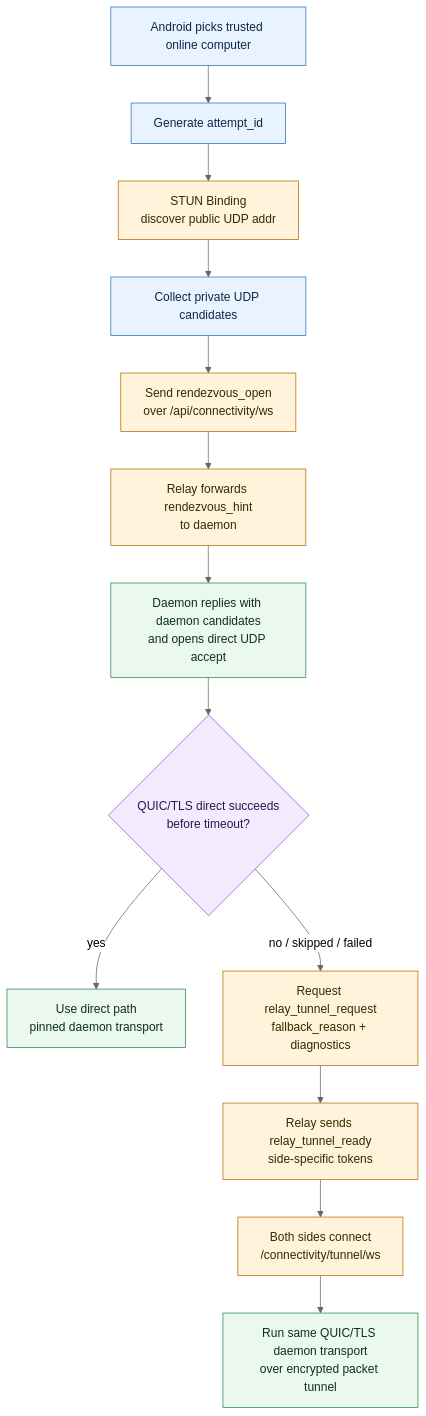
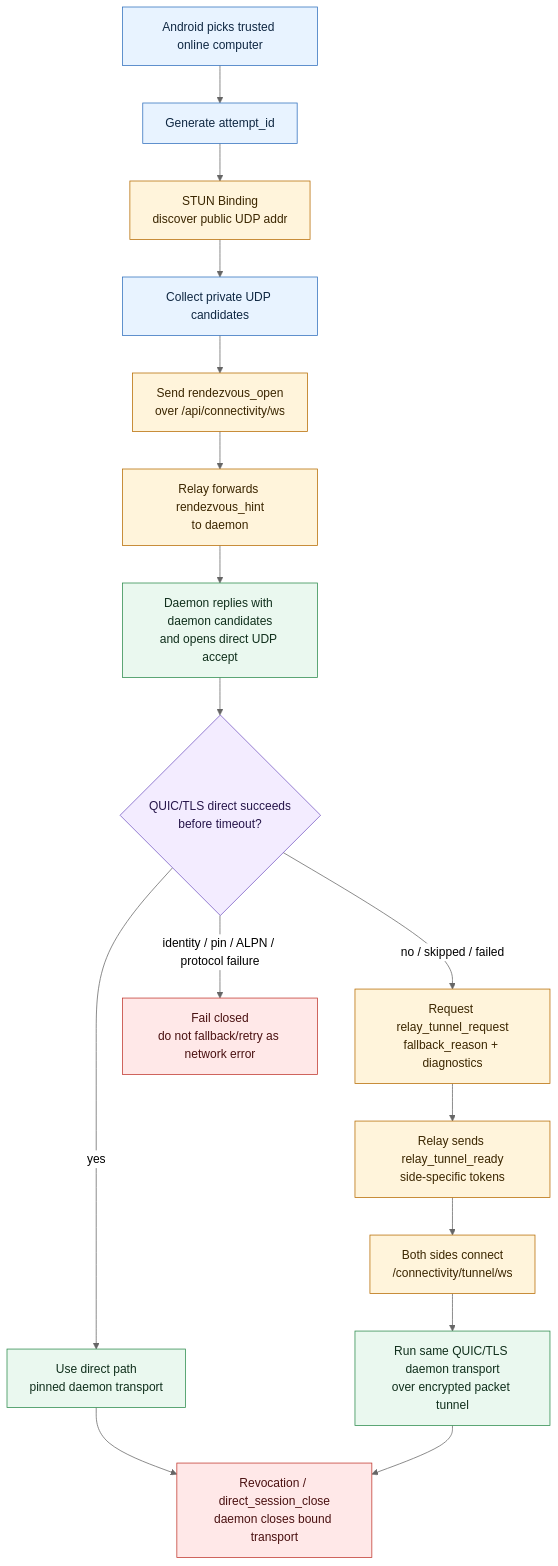
The first of 3 diagrams in docs/draws/03-direct-relay-data-flow.md (yuanbohan/agent-tunnel-protocols), drawn with Mermaid (neutral theme) before and after one commit. The commit also changed other lines of this file and 21 other files, not shown here.

````diff
--- a/docs/draws/03-direct-relay-data-flow.md
+++ b/docs/draws/03-direct-relay-data-flow.md
@@ -7,26 +7,32 @@
 ```mermaid
 flowchart TD
   classDef mobile fill:#e8f3ff,stroke:#2f6fbd,color:#0f2742
   classDef relay fill:#fff4db,stroke:#b66b00,color:#3b2600
   classDef daemon fill:#eaf8ef,stroke:#2b8a4b,color:#102f1c
   classDef decision fill:#f3ecff,stroke:#7557c2,color:#26164a
   classDef success fill:#eaf8ef,stroke:#2b8a4b,color:#102f1c
+  classDef danger fill:#ffe8e8,stroke:#c0362c,color:#4a1111
 
   A[Android picks trusted online computer]:::mobile
   B[Generate attempt_id]:::mobile
   C[STUN Binding<br/>discover public UDP addr]:::relay
   D[Collect private UDP candidates]:::mobile
   E[Send rendezvous_open<br/>over /api/connectivity/ws]:::relay
   F[Relay forwards rendezvous_hint<br/>to daemon]:::relay
   G[Daemon replies with daemon candidates<br/>and opens direct UDP accept]:::daemon
   H{QUIC/TLS direct succeeds<br/>before timeout?}:::decision
   I[Use direct path<br/>pinned daemon transport]:::success
   J[Request relay_tunnel_request<br/>fallback_reason + diagnostics]:::relay
   K[Relay sends relay_tunnel_ready<br/>side-specific tokens]:::relay
   L[Both sides connect<br/>/connectivity/tunnel/ws]:::relay
   M[Run same QUIC/TLS daemon transport<br/>over encrypted packet tunnel]:::success
+  N[Fail closed<br/>do not fallback/retry as network error]:::danger
+  O[Revocation / direct_session_close<br/>daemon closes bound transport]:::danger
 
   A --> B --> C --> D --> E --> F --> G --> H
   H -->|yes| I
   H -->|no / skipped / failed| J --> K --> L --> M
+  H -->|identity / pin / ALPN / protocol failure| N
+  I --> O
+  M --> O
 ```
````
